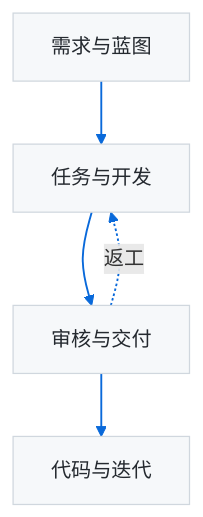
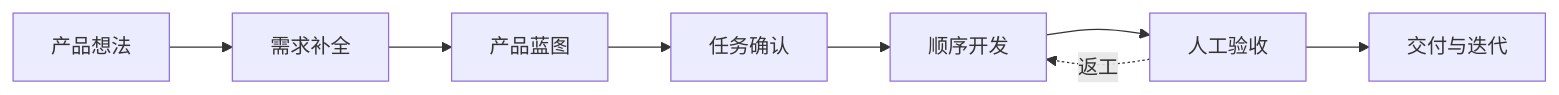
Before and after one commit to 26YZT/speed-workbench: the diagram in README.md, drawn with Mermaid. The commit also changed other lines of this file and 126 other files, not shown here.

````diff
--- a/README.md
+++ b/README.md
@@ -59,10 +59,10 @@
 ```mermaid
-flowchart TB
-    A[需求与蓝图] --> B[任务与开发]
-    B --> C[审核与交付]
-    C --> D[代码与迭代]
-    C -. 返工 .-> B
-    classDef stage fill:#f6f8fa,stroke:#d0d7de,color:#24292f,stroke-width:1px
-    class A,B,C,D stage
-    linkStyle default stroke:#0969da,stroke-width:1.5px
+flowchart LR
+    A[产品想法] --> B[需求补全]
+    B --> C[产品蓝图]
+    C --> D[任务确认]
+    D --> E[顺序开发]
+    E --> F[人工验收]
+    F --> G[交付与迭代]
+    F -. 返工 .-> E
 ```
````
